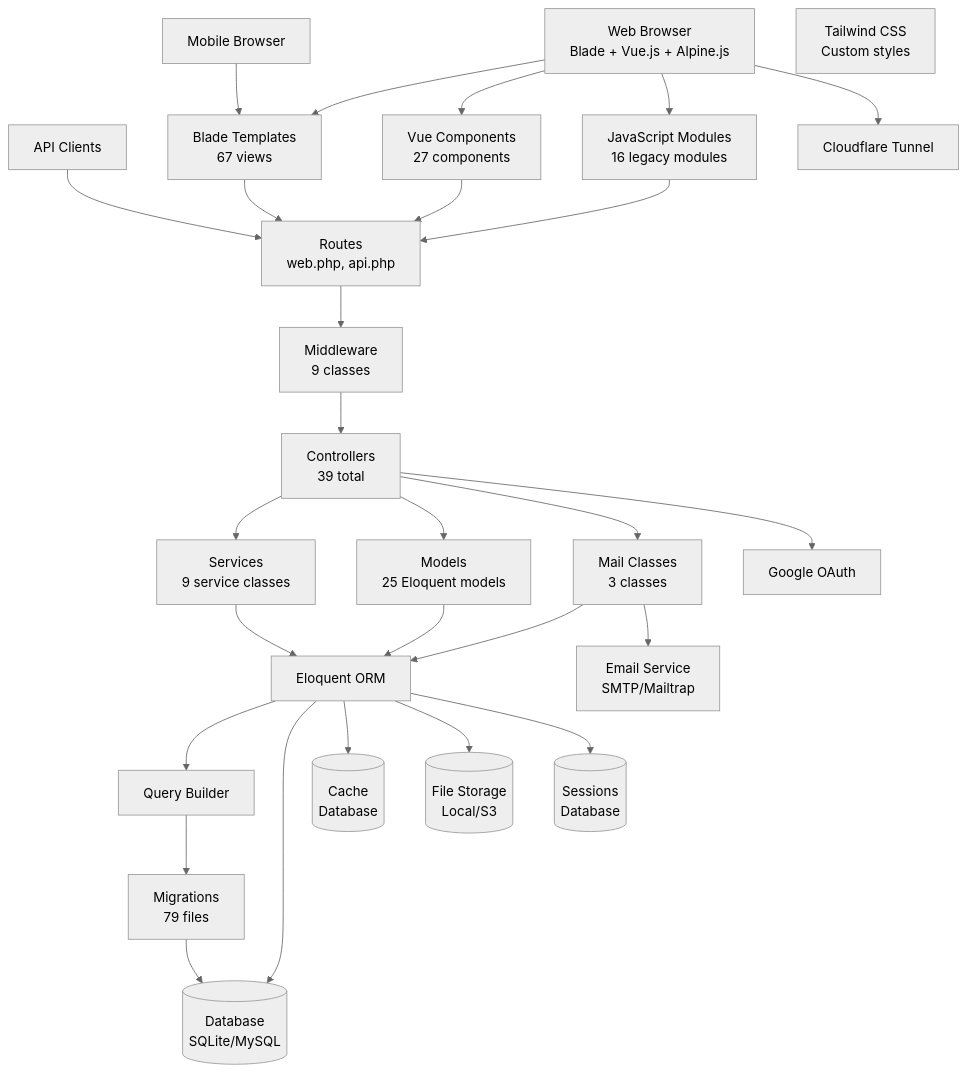
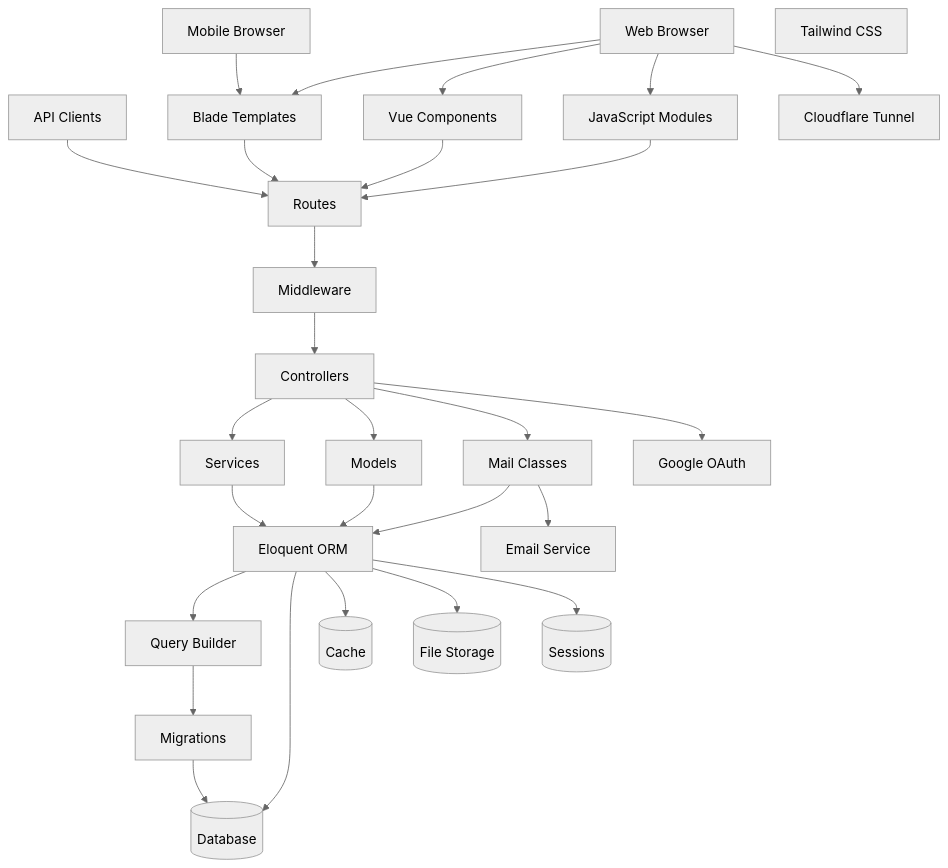
Diagram 15 of 29 in UML.md (vd120/laravel_project), drawn with Mermaid (neutral theme) before and after one commit. The commit also changed other lines of this file, not shown here.

````diff
--- a/UML.md
+++ b/UML.md
@@ -975,53 +962,53 @@
 ```mermaid
 flowchart TB
-    Browser[Web Browser<br/>Blade + Vue.js + Alpine.js]
+    Browser[Web Browser]
     Mobile[Mobile Browser]
     API[API Clients]
-    Blade[Blade Templates<br/>67 views]
-    Vue[Vue Components<br/>27 components]
-    JS[JavaScript Modules<br/>16 legacy modules]
-    CSS[Tailwind CSS<br/>Custom styles]
-    Routes[Routes<br/>web.php, api.php]
-    Middleware[Middleware<br/>9 classes]
-    Controllers[Controllers<br/>39 total]
-    Services[Services<br/>9 service classes]
-    Models[Models<br/>25 Eloquent models]
-    Mail[Mail Classes<br/>3 classes]
+    Blade[Blade Templates]
+    Vue[Vue Components]
+    JS[JavaScript Modules]
+    CSS[Tailwind CSS]
+    Routes[Routes]
+    Middleware[Middleware]
+    Controllers[Controllers]
+    Services[Services]
+    Models[Models]
+    Mail[Mail Classes]
     Eloquent[Eloquent ORM]
     QueryBuilder[Query Builder]
-    Migrations[Migrations<br/>79 files]
-    Database[(Database<br/>SQLite/MySQL)]
-    Cache[(Cache<br/>Database)]
-    Storage[(File Storage<br/>Local/S3)]
-    Sessions[(Sessions<br/>Database)]
+    Migrations[Migrations]
+    Database[(Database)]
+    Cache[(Cache)]
+    Storage[(File Storage)]
+    Sessions[(Sessions)]
     Google[Google OAuth]
-    MailService[Email Service<br/>SMTP/Mailtrap]
+    MailService[Email Service]
     Cloudflare[Cloudflare Tunnel]
 
     Browser --> Blade
     Browser --> Vue
     Browser --> JS
     Mobile --> Blade
     API --> Routes
     Blade --> Routes
     Vue --> Routes
     JS --> Routes
     Routes --> Middleware
     Middleware --> Controllers
     Controllers --> Services
     Controllers --> Models
     Controllers --> Mail
     Services --> Eloquent
     Models --> Eloquent
     Mail --> Eloquent
     Eloquent --> QueryBuilder
     QueryBuilder --> Migrations
     Migrations --> Database
     Eloquent --> Database
     Eloquent --> Cache
     Eloquent --> Storage
     Eloquent --> Sessions
     Controllers --> Google
     Mail --> MailService
     Browser --> Cloudflare
 ```
````
